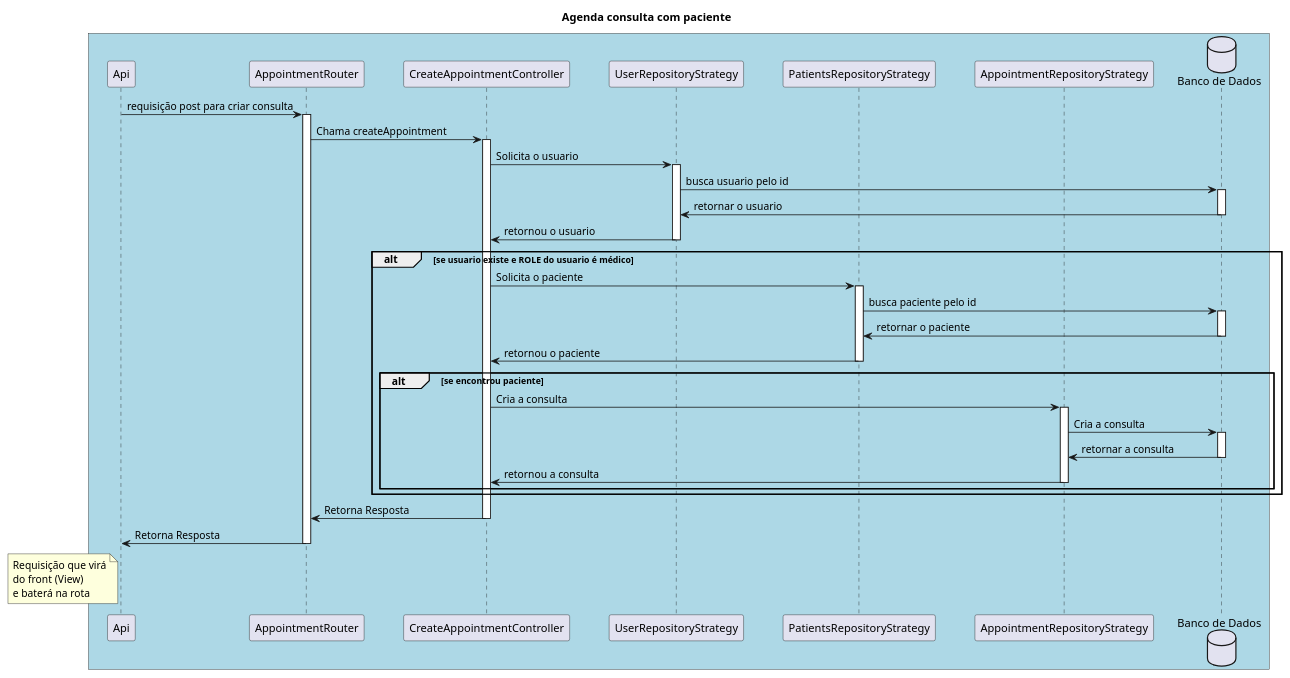
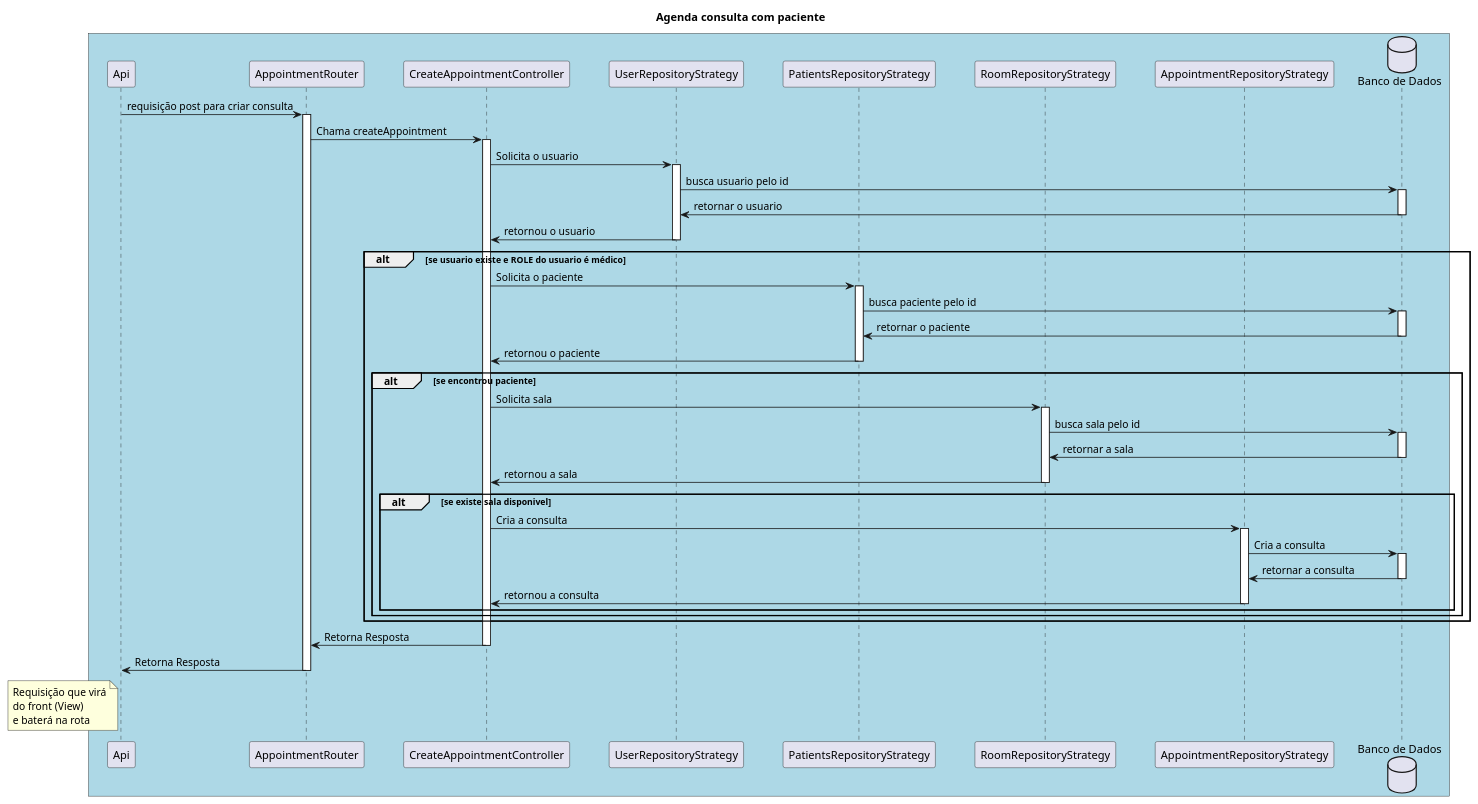
The diagram in docs/sequencia/agenda-consulta.puml (vaniacourses/projeto-software-robson-caetano), drawn with PlantUML before and after one commit. The commit also changed 1 other file, not shown here.

Commit message:
Finalize sequence diagram

```diff
--- a/docs/sequencia/agenda-consulta.puml
+++ b/docs/sequencia/agenda-consulta.puml
@@ -1,67 +1,79 @@
 @startuml
 skinparam participantPadding 20
 skinparam boxPadding 10
 
-title "Agenda consulta com paciente" 
+title "Agenda consulta com paciente"
 
 box #LightBlue
 participant "Api" as A
 participant "AppointmentRouter" as R
 participant "CreateAppointmentController" as C
 participant "UserRepositoryStrategy" as URP
 participant "PatientsRepositoryStrategy" as PRP
+participant "RoomRepositoryStrategy" as RRP
 participant "AppointmentRepositoryStrategy" as ARP
 database "Banco de Dados" as DB
 
 A -> R: requisição post para criar consulta
 activate R
 R -> C: Chama createAppointment
 activate C
 
 C -> URP: Solicita o usuario
 activate URP
 URP -> DB: busca usuario pelo id
 activate DB
 DB -> URP: retornar o usuario
 deactivate DB
 URP -> C: retornou o usuario
 deactivate URP
 
 alt se usuario existe e ROLE do usuario é médico
     C -> PRP: Solicita o paciente
     activate PRP
     PRP -> DB: busca paciente pelo id
     activate DB
     DB -> PRP: retornar o paciente
     deactivate DB
     PRP -> C: retornou o paciente
     deactivate PRP
 
     alt se encontrou paciente
-        C -> ARP: Cria a consulta
-        activate ARP
-        ARP -> DB: Cria a consulta
+        C -> RRP: Solicita sala
+        activate RRP
+        RRP -> DB: busca sala pelo id
         activate DB
-        DB -> ARP: retornar a consulta
+        DB -> RRP: retornar a sala
         deactivate DB
-        ARP -> C: retornou a consulta
-        deactivate ARP
+        RRP -> C: retornou a sala
+        deactivate RRP
+
+        alt se existe sala disponivel
+            C -> ARP: Cria a consulta
+            activate ARP
+            ARP -> DB: Cria a consulta
+            activate DB
+            DB -> ARP: retornar a consulta
+            deactivate DB
+            ARP -> C: retornou a consulta
+            deactivate ARP
+        end
     end
 end
 
 
 'Retorna resposta'
 C -> R: Retorna Resposta
 deactivate C
 R -> A: Retorna Resposta
 deactivate R
 
 note left of A
     Requisição que virá
     do front (View)
     e baterá na rota
     '/appointments'.
 end note
 
 
 @enduml
```
